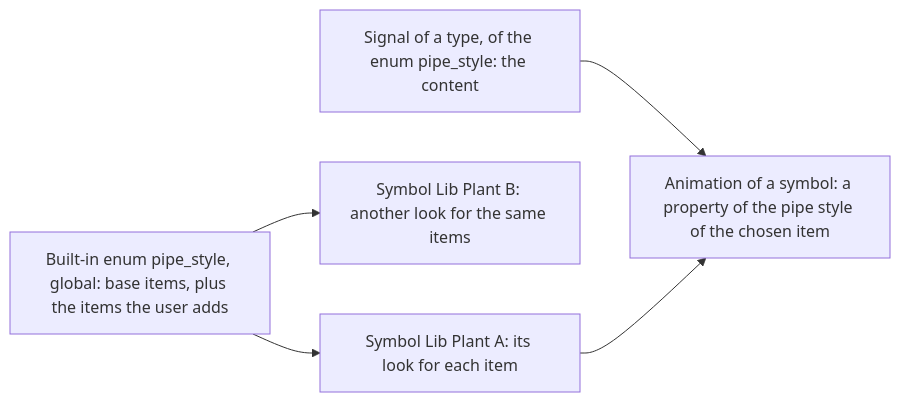
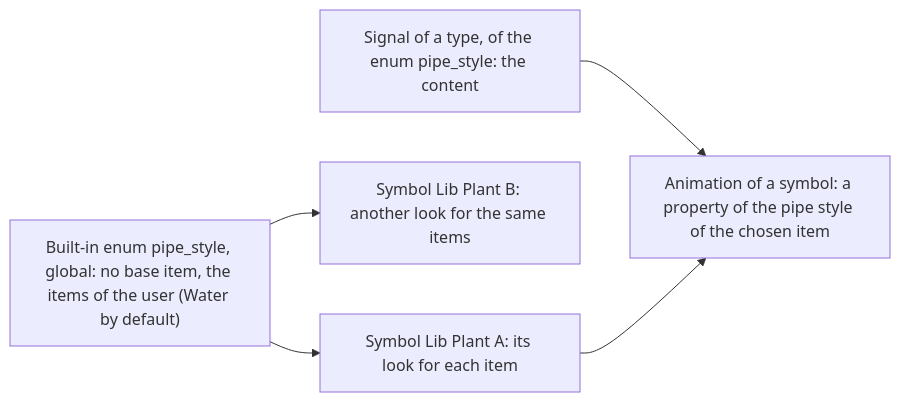
One commit to AlexandreGallais/synoptic-studio-spec changed the fifth of 5 diagrams in symbols/pipes/pipe-styles.md. Above: the diagram before and after it, drawn with Mermaid. The commit also changed other lines of this file and 6 other files, not shown here.

First line of the commit message:
docs(metadata): ship pipe_style without base items, water in a default copy

````diff
--- a/symbols/pipes/pipe-styles.md
+++ b/symbols/pipes/pipe-styles.md
@@ -179,7 +179,7 @@
 ```mermaid
 flowchart LR
-    E["Built-in enum pipe_style, global: base items, plus the items the user adds"] --> P1["Symbol Lib Plant A: its look for each item"]
+    E["Built-in enum pipe_style, global: no base item, the items of the user (Water by default)"] --> P1["Symbol Lib Plant A: its look for each item"]
     E --> P2["Symbol Lib Plant B: another look for the same items"]
     S["Signal of a type, of the enum pipe_style: the content"] --> A["Animation of a symbol: a property of the pipe style of the chosen item"]
     P1 --> A
 ```
````
